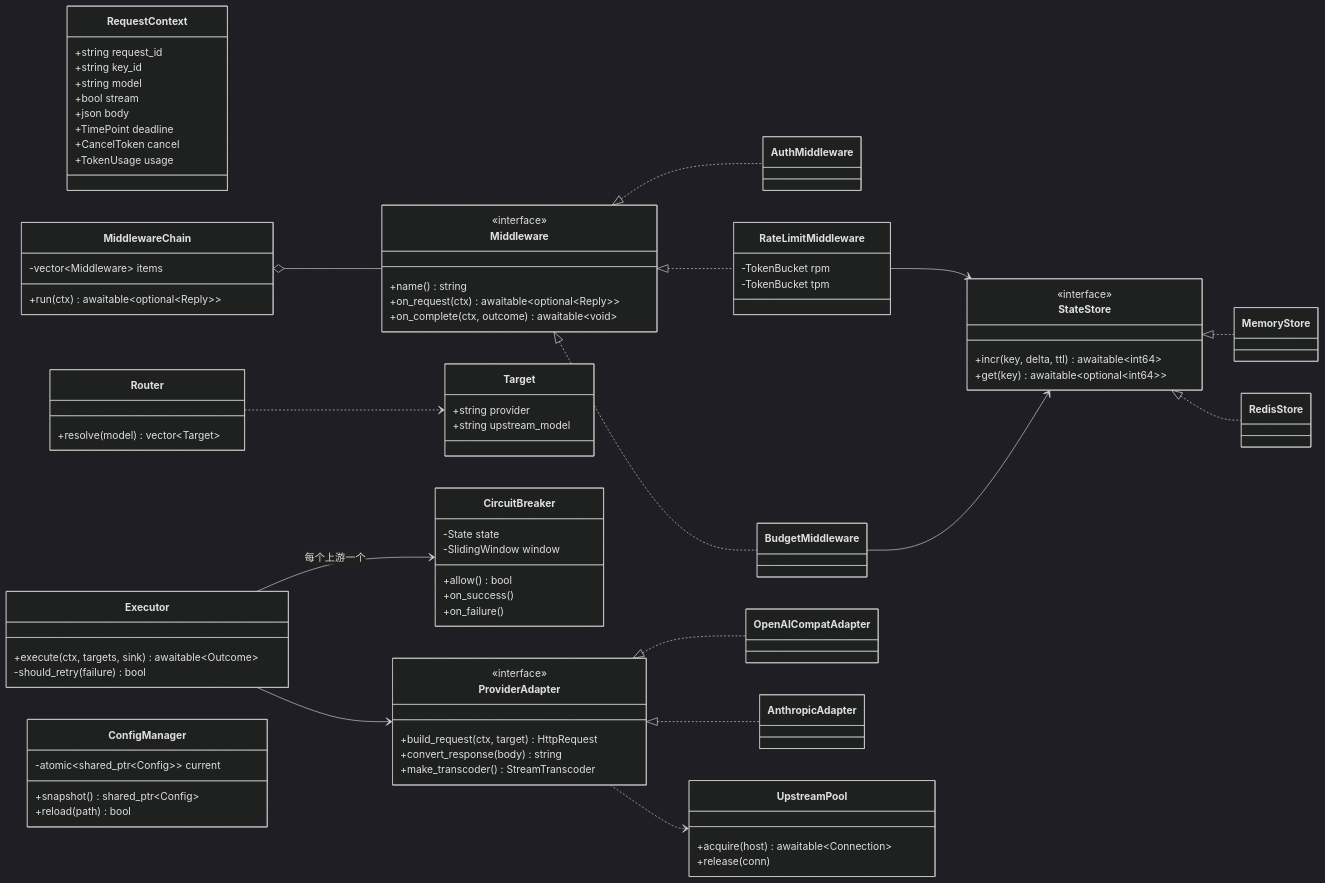
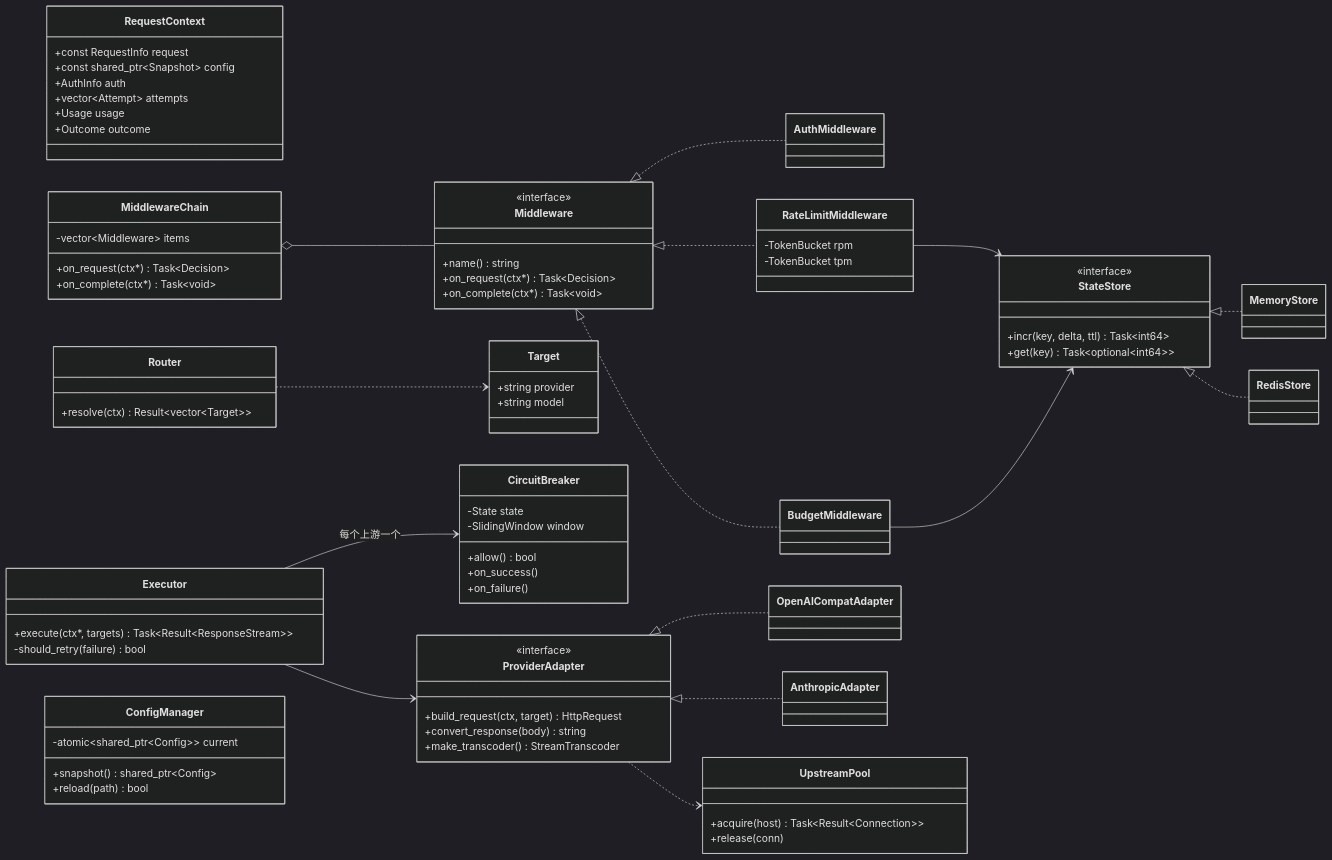
Before and after one commit to bluesky-rgb/llmgw: the fifth of 14 diagrams in docs/diagrams.md, drawn with Mermaid (dark theme). The commit also changed other lines of this file and 27 other files, not shown here.

```diff
--- a/docs/diagrams.md
+++ b/docs/diagrams.md
@@ -190,21 +190,19 @@
     direction LR
 
     class RequestContext {
-        +string request_id
-        +string key_id
-        +string model
-        +bool stream
-        +json body
-        +TimePoint deadline
-        +CancelToken cancel
-        +TokenUsage usage
+        +const RequestInfo request
+        +const shared_ptr~Snapshot~ config
+        +AuthInfo auth
+        +vector~Attempt~ attempts
+        +Usage usage
+        +Outcome outcome
     }
 
     class Middleware {
         <<interface>>
         +name() string
-        +on_request(ctx) awaitable~optional~Reply~~
-        +on_complete(ctx, outcome) awaitable~void~
+        +on_request(ctx*) Task~Decision~
+        +on_complete(ctx*) Task~void~
     }
     class AuthMiddleware
     class RateLimitMiddleware {
@@ -218,21 +216,22 @@
 
     class MiddlewareChain {
         -vector~Middleware~ items
-        +run(ctx) awaitable~optional~Reply~~
+        +on_request(ctx*) Task~Decision~
+        +on_complete(ctx*) Task~void~
     }
     MiddlewareChain o-- Middleware
 
     class Router {
-        +resolve(model) vector~Target~
+        +resolve(ctx) Result~vector~Target~~
     }
     class Target {
         +string provider
-        +string upstream_model
+        +string model
     }
     Router ..> Target
 
     class Executor {
-        +execute(ctx, targets, sink) awaitable~Outcome~
+        +execute(ctx*, targets) Task~Result~ResponseStream~~
         -should_retry(failure) bool
     }
     class CircuitBreaker {
@@ -257,15 +256,15 @@
     Executor --> ProviderAdapter
 
     class UpstreamPool {
-        +acquire(host) awaitable~Connection~
+        +acquire(host) Task~Result~Connection~~
         +release(conn)
     }
     ProviderAdapter ..> UpstreamPool
 
     class StateStore {
         <<interface>>
-        +incr(key, delta, ttl) awaitable~int64~
-        +get(key) awaitable~optional~int64~~
+        +incr(key, delta, ttl) Task~int64~
+        +get(key) Task~optional~int64~~
     }
     class MemoryStore
     class RedisStore
```
